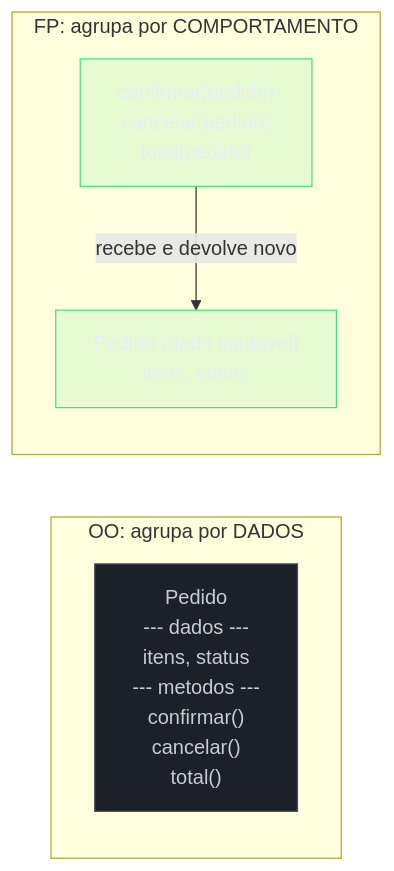
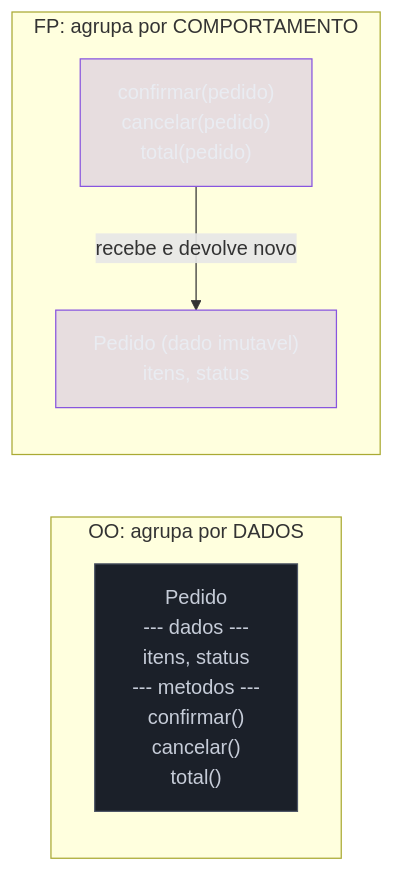
One commit to josenaldo/codex-technomanticus changed the fifth of 6 diagrams in 03-Dominios/Ciência/Paradigmas/03 - O paradigma orientado a objetos.md. Above: the diagram before and after it, drawn with Mermaid. The commit also changed other lines of this file and 601 other files, not shown here.

````diff
--- a/03-Dominios/Ciência/Paradigmas/03 - O paradigma orientado a objetos.md
+++ b/03-Dominios/Ciência/Paradigmas/03 - O paradigma orientado a objetos.md
@@ -176,18 +176,18 @@
 ```mermaid
 flowchart LR
+    classDef marca fill:#8855DF33,stroke:#8855DF,color:#E9ECF2
     classDef neutro fill:#1B2029,stroke:#4E5666,color:#C6CCD8
-    classDef ok fill:#4ADE8021,stroke:#4ADE80,color:#E9ECF2
     subgraph OOG["OO: agrupa por DADOS"]
         direction TB
         Ped["Pedido<br/>--- dados ---<br/>itens, status<br/>--- metodos ---<br/>confirmar()<br/>cancelar()<br/>total()"]
     end
     subgraph FPG["FP: agrupa por COMPORTAMENTO"]
         direction TB
         Dados["Pedido (dado imutavel)<br/>itens, status"]
         Fns["confirmar(pedido)<br/>cancelar(pedido)<br/>total(pedido)"]
         Fns -->|"recebe e devolve novo"| Dados
     end
     class Ped neutro
-    class Dados ok
-    class Fns ok
+    class Dados marca
+    class Fns marca
 ```
````
